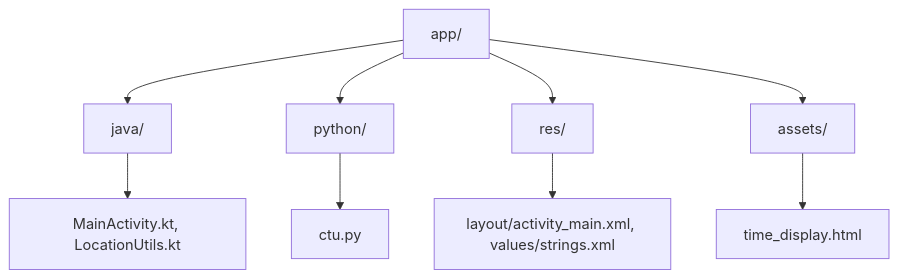
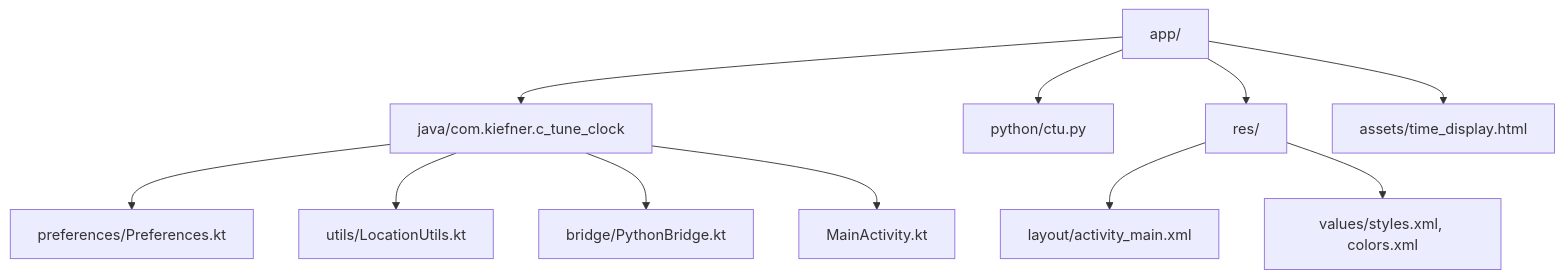
Before and after one commit to amogorkon/C-Tune-Clock: the second of 6 diagrams in docs/spec.md, drawn with Mermaid. The commit also changed other lines of this file, not shown here.

Commit message:
Enhance app specification with theming details and updated file structure

````diff
--- a/docs/spec.md
+++ b/docs/spec.md
@@ -61,7 +64,13 @@
 ```mermaid
 graph TD
-  A[app/] --> B1[java/] --> B2[MainActivity.kt, LocationUtils.kt]
-  A --> C[python/] --> C1[ctu.py]
-  A --> D[res/] --> D1[layout/activity_main.xml, values/strings.xml]
-  A --> E[assets/] --> E1[time_display.html]
+  A[app/] --> B[java/com.kiefner.c_tune_clock]
+    B --> B1[preferences/Preferences.kt]
+    B --> B2[utils/LocationUtils.kt]
+    B --> B3[bridge/PythonBridge.kt]
+    B --> B4[MainActivity.kt]
+  A --> C[python/ctu.py]
+  A --> D[res/]
+    D --> D1[layout/activity_main.xml]
+    D --> D2[values/styles.xml, colors.xml]
+  A --> E[assets/time_display.html]
 ```
````
